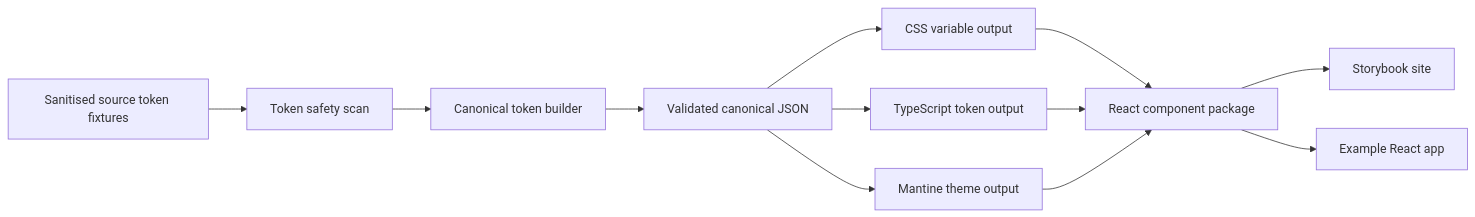
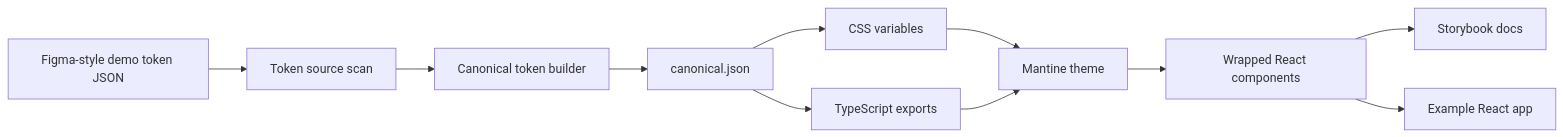
Before and after one commit to jaminjadey/design-system: the diagram in README.md, drawn with Mermaid. The commit also changed other lines of this file and 38 other files, not shown here.

````diff
--- a/README.md
+++ b/README.md
@@ -11,14 +22,13 @@
 ```mermaid
 flowchart LR
-  A[Sanitised source token fixtures] --> B[Token safety scan]
+  A[Figma-style demo token JSON] --> B[Token source scan]
   B --> C[Canonical token builder]
-  C --> D[Validated canonical JSON]
-  D --> E[CSS variable output]
-  D --> F[TypeScript token output]
-  D --> G[Mantine theme output]
-  E --> H[React component package]
-  F --> H
-  G --> H
-  H --> I[Storybook site]
+  C --> D[canonical.json]
+  D --> E[CSS variables]
+  D --> F[TypeScript exports]
+  E --> G[Mantine theme]
+  F --> G
+  G --> H[Wrapped React components]
+  H --> I[Storybook docs]
   H --> J[Example React app]
 ```
````
